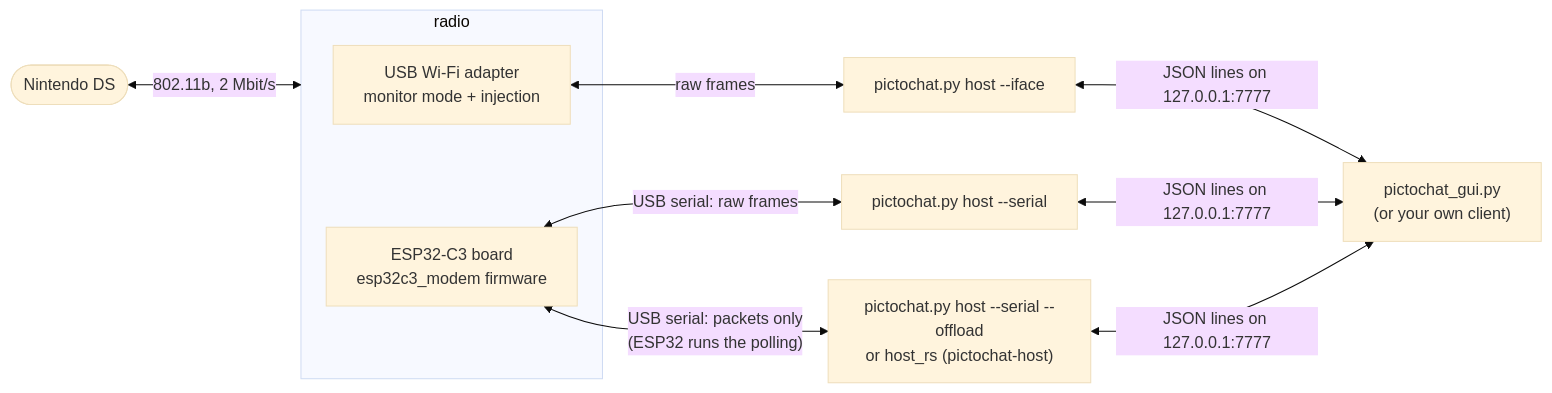
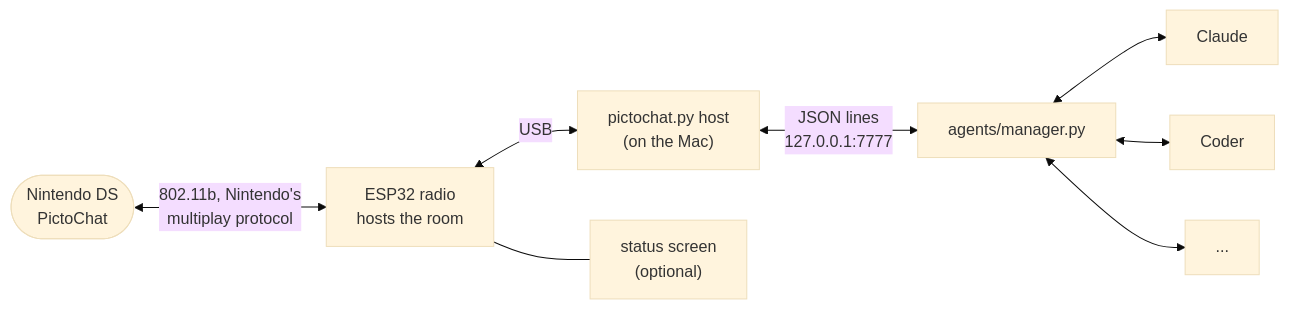
One commit to JulioFerrero/pictochat-agents changed the diagram in README.md. Above: the diagram before and after it, drawn with Mermaid (base theme). The commit also changed other lines of this file and 5 other files, not shown here.

First line of the commit message:
README for PictoChat Agents; upstream's README moves to docs/

````diff
--- a/README.md
+++ b/README.md
@@ -27,12 +24,10 @@
 ```mermaid
 flowchart LR
-    DS(["Nintendo DS"]) <-- "802.11b, 2 Mbit/s" --> R
-    subgraph R["radio"]
-        A["USB Wi-Fi adapter<br/>monitor mode + injection"]
-        E["ESP32-C3 board<br/>esp32c3_modem firmware"]
-    end
-    A <-- "raw frames" --> P1["pictochat.py host --iface"]
-    E <-- "USB serial: raw frames" --> P2["pictochat.py host --serial"]
-    E <-- "USB serial: packets only<br/>(ESP32 runs the polling)" --> P3["pictochat.py host --serial --offload<br/>or host_rs (pictochat-host)"]
-    P1 & P2 & P3 <-- "JSON lines on 127.0.0.1:7777" --> G["pictochat_gui.py<br/>(or your own client)"]
+    DS(["Nintendo DS<br/>PictoChat"]) <-- "802.11b, Nintendo's<br/>multiplay protocol" --> R["ESP32 radio<br/>hosts the room"]
+    R <-- "USB" --> H["pictochat.py host<br/>(on the Mac)"]
+    H <-- "JSON lines<br/>127.0.0.1:7777" --> M["agents/manager.py"]
+    M <--> C1["Claude"]
+    M <--> C2["Coder"]
+    M <--> C3["..."]
+    R --- S["status screen<br/>(optional)"]
 ```
````
